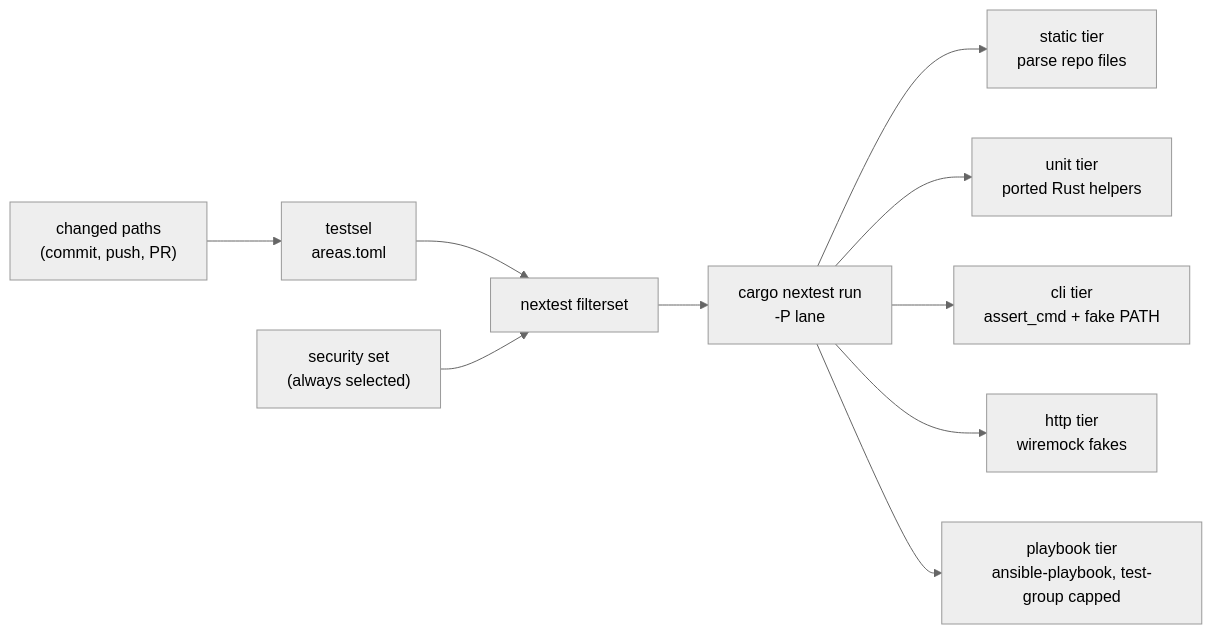
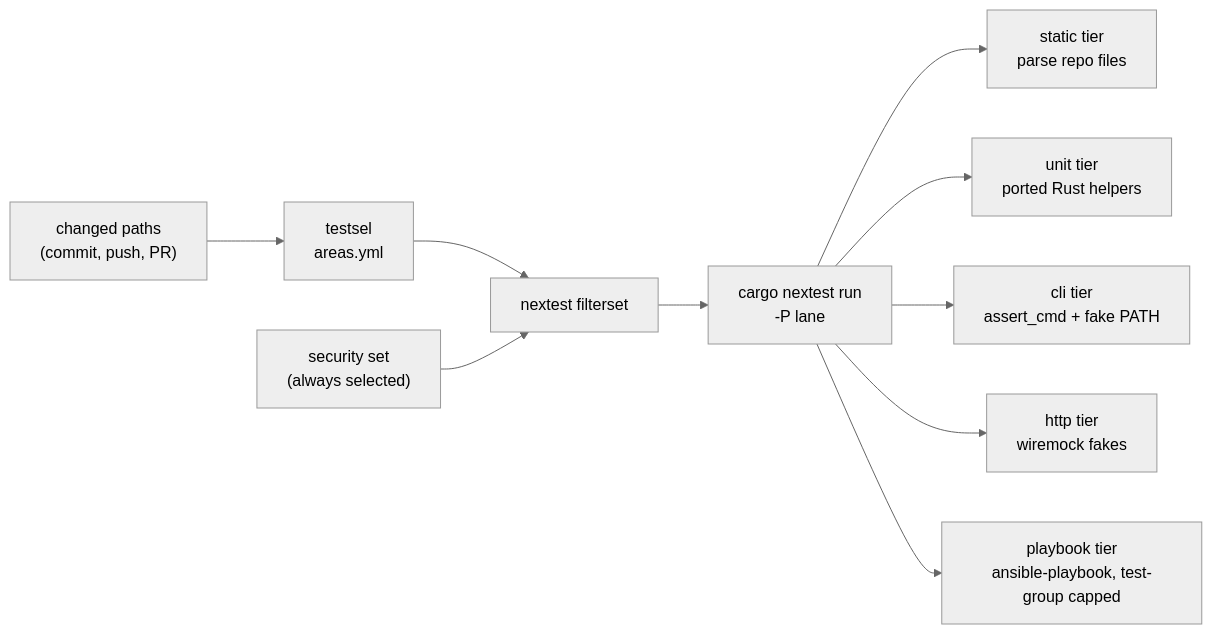
The diagram in plan/development/24-rust-test-platform.md (uhstray-io/agent-cloud), drawn with Mermaid (neutral theme) before and after one commit. The commit also changed other lines of this file and 11 other files, not shown here.

First line of the commit message:
test(rust): lane selection from areas.yml [AC-733]

````diff
--- a/plan/development/24-rust-test-platform.md
+++ b/plan/development/24-rust-test-platform.md
@@ -102,12 +102,12 @@
 ```mermaid
 flowchart LR
-    CHG["changed paths<br/>(commit, push, PR)"] --> SEL["testsel<br/>areas.toml"]
+    CHG["changed paths<br/>(commit, push, PR)"] --> SEL["testsel<br/>areas.yml"]
     SEL --> FS["nextest filterset"]
     FS --> NX["cargo nextest run<br/>-P lane"]
     NX --> ST["static tier<br/>parse repo files"]
     NX --> UN["unit tier<br/>ported Rust helpers"]
     NX --> CLI["cli tier<br/>assert_cmd + fake PATH"]
     NX --> HTTP["http tier<br/>wiremock fakes"]
     NX --> PB["playbook tier<br/>ansible-playbook, test-group capped"]
     SEC["security set<br/>(always selected)"] --> FS
 ```
````
